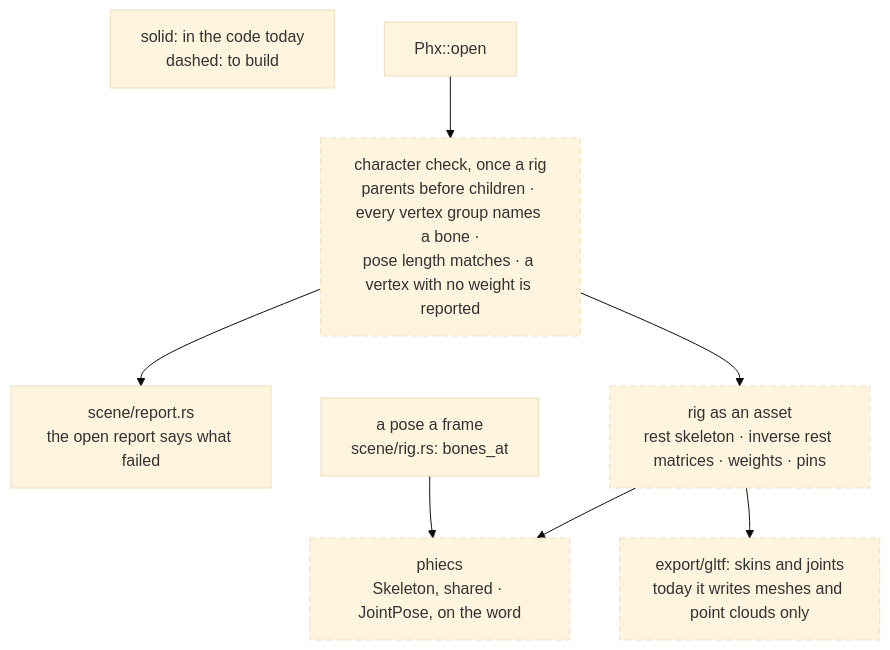
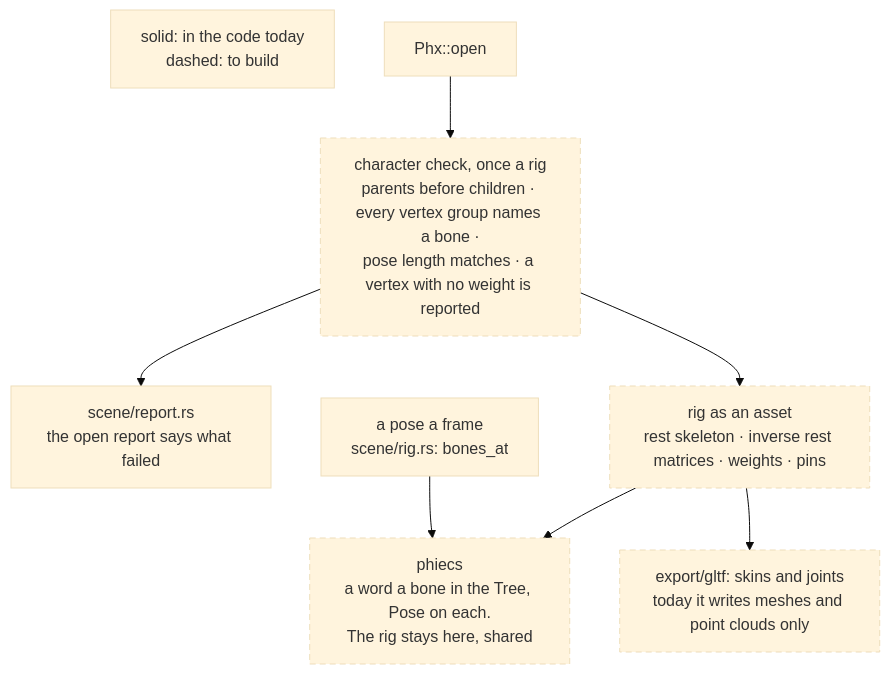
Before and after one commit to gemphi/phikit: the second of 4 diagrams in crates/phiphx/docs/character.md, drawn with Mermaid (base theme). The commit also changed 21 other files, not shown here.

````diff
--- a/crates/phiphx/docs/character.md
+++ b/crates/phiphx/docs/character.md
@@ -30,17 +30,17 @@
 ```mermaid
 graph TB
     key["solid: in the code today<br/>dashed: to build"]
     c_open["Phx::open"]
     c_check["character check, once a rig<br/>parents before children · every vertex group names a bone ·<br/>pose length matches · a vertex with no weight is reported"]
     c_report["scene/report.rs<br/>the open report says what failed"]
     c_asset["rig as an asset<br/>rest skeleton · inverse rest matrices · weights · pins"]
     c_pose["a pose a frame<br/>scene/rig.rs: bones_at"]
-    c_ecs["phiecs<br/>Skeleton, shared · JointPose, on the word"]
+    c_ecs["phiecs<br/>a word a bone in the Tree, Pose on each.<br/>The rig stays here, shared"]
     c_gltf["export/gltf: skins and joints<br/>today it writes meshes and point clouds only"]
     c_open --> c_check --> c_report
     c_check --> c_asset --> c_ecs
     c_pose --> c_ecs
     c_asset --> c_gltf
     classDef plan stroke-dasharray: 6 4;
     class c_check,c_asset,c_ecs,c_gltf plan;
 ```
````
